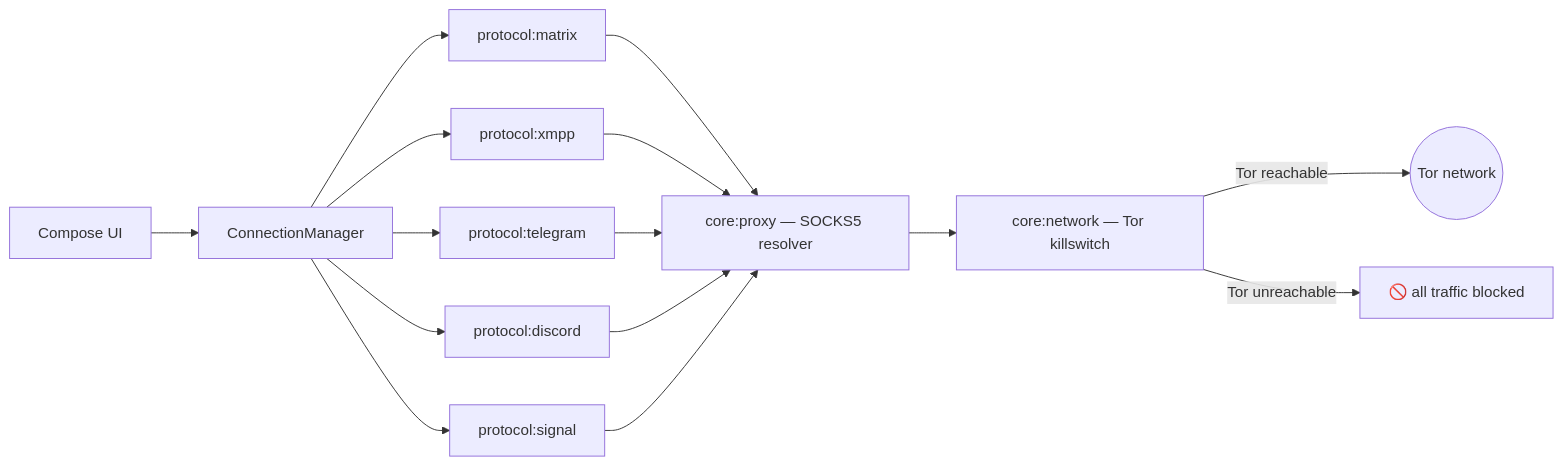
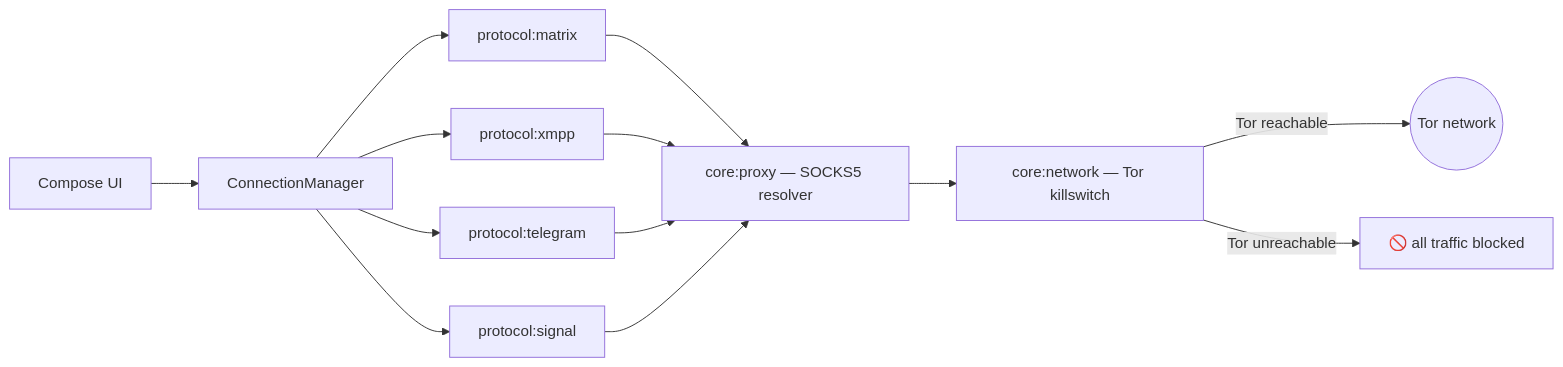
Before and after one commit to LTechnologies0/SecureMessenger: the diagram in README.md, drawn with Mermaid. The commit also changed other lines of this file and 102 other files, not shown here.

````diff
--- a/README.md
+++ b/README.md
@@ -49,13 +49,12 @@
 ```mermaid
 flowchart LR
     UI[Compose UI] --> CM[ConnectionManager]
     CM --> Matrix[protocol:matrix]
     CM --> XMPP[protocol:xmpp]
     CM --> TG[protocol:telegram]
-    CM --> Discord[protocol:discord]
     CM --> Signal[protocol:signal]
-    Matrix & XMPP & TG & Discord & Signal --> Proxy[core:proxy — SOCKS5 resolver]
+    Matrix & XMPP & TG & Signal --> Proxy[core:proxy — SOCKS5 resolver]
     Proxy --> Guard[core:network — Tor killswitch]
     Guard -->|Tor reachable| Tor((Tor network))
     Guard -->|Tor unreachable| Blocked[🚫 all traffic blocked]
 ```
````
